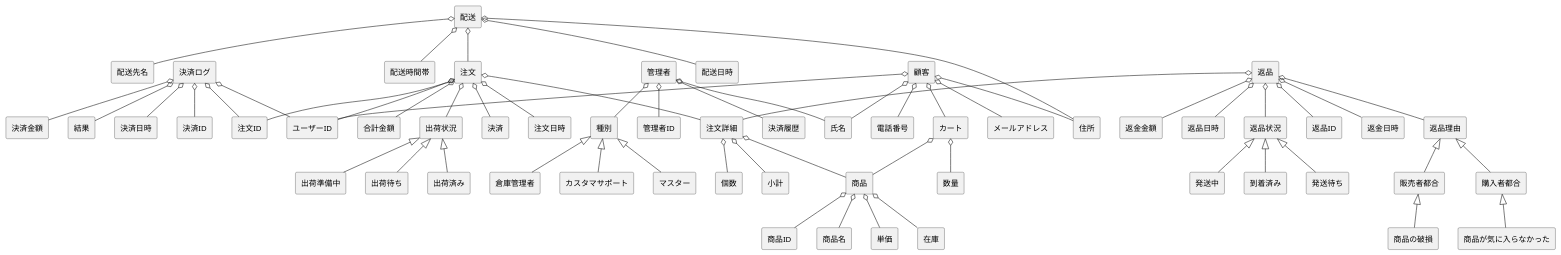
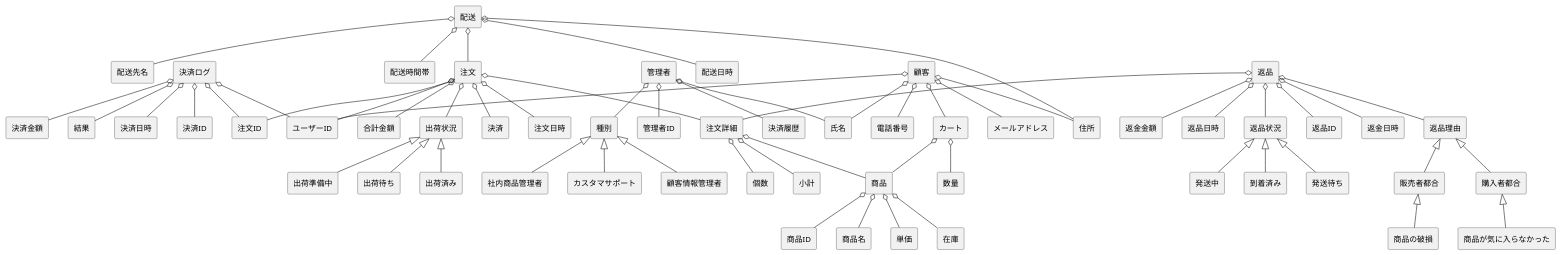
One commit to mameiku/group3-4 changed the diagram in domain.pu. Above: the diagram before and after it, drawn with PlantUML.

Commit message:
コミット

```diff
--- a/domain.pu
+++ b/domain.pu
@@ -1,75 +1,75 @@
 @startuml ドメインモデル図
 skinparam componentStyle rectangle
 
 [配送] o-- [配送日時]
 [配送] o-- [配送先名]
 [配送] o-- [配送時間帯]
 [配送] o-- [注文]
 [配送] o-- [住所]
 
 [決済ログ] o-- [決済ID]
 [決済ログ] o-- [決済金額]
 [決済ログ] o-- [決済日時]
 [決済ログ] o-- [結果]
 [決済ログ] o-- [注文ID]
 [決済ログ] o-- [ユーザーID]
 
 [顧客] o-- [氏名]
 [顧客] o-- [カート]
 [顧客] o-- [住所]
 [顧客] o-- [ユーザーID]
 [顧客] o-- [メールアドレス]
 [顧客] o-- [電話番号]
 
 [管理者] o-- [氏名]
 [管理者] o-- [管理者ID]
 [管理者] o-- [決済履歴]
 [管理者] o-- [種別]
 
 [注文] o-- [注文日時]
 [注文] o-- [注文ID]
 [注文] o-- [合計金額]
 [注文] o-- [出荷状況]
 [注文] o-- [決済]
 [注文] o-- [ユーザーID]
 [注文] o-- [注文詳細]
 
 [カート] o-- [数量]
 [カート] o-- [商品]
 
 [商品] o-- [商品ID]
 [商品] o-- [商品名]
 [商品] o-- [単価]
 [商品] o-- [在庫]
 
 [注文詳細] o-- [小計]
 [注文詳細] o-- [個数]
 [注文詳細] o-- [商品]
 
 [返品] o-- [返金金額]
 [返品] o-- [返品日時]
 [返品] o-- [返品状況]
 [返品] o-- [返品ID]
 [返品] o-- [返金日時]
 [返品] o-- [返品理由]
 [返品] o-- [注文詳細]
 
 [出荷状況] <|-- [出荷準備中]
 [出荷状況] <|-- [出荷待ち]
 [出荷状況] <|-- [出荷済み]
 
 [返品理由] <|-- [購入者都合]
 [返品理由] <|-- [販売者都合]
 
 [購入者都合] <|-- [商品が気に入らなかった]
 [販売者都合] <|-- [商品の破損]
 
-[種別] <|-- [マスター]
-[種別] <|-- [倉庫管理者]
+[種別] <|-- [顧客情報管理者]
+[種別] <|-- [社内商品管理者]
 [種別] <|-- [カスタマサポート]
 
 [返品状況] <|-- [発送待ち]
 [返品状況] <|-- [発送中]
 [返品状況] <|-- [到着済み]
 
 @enduml
```
